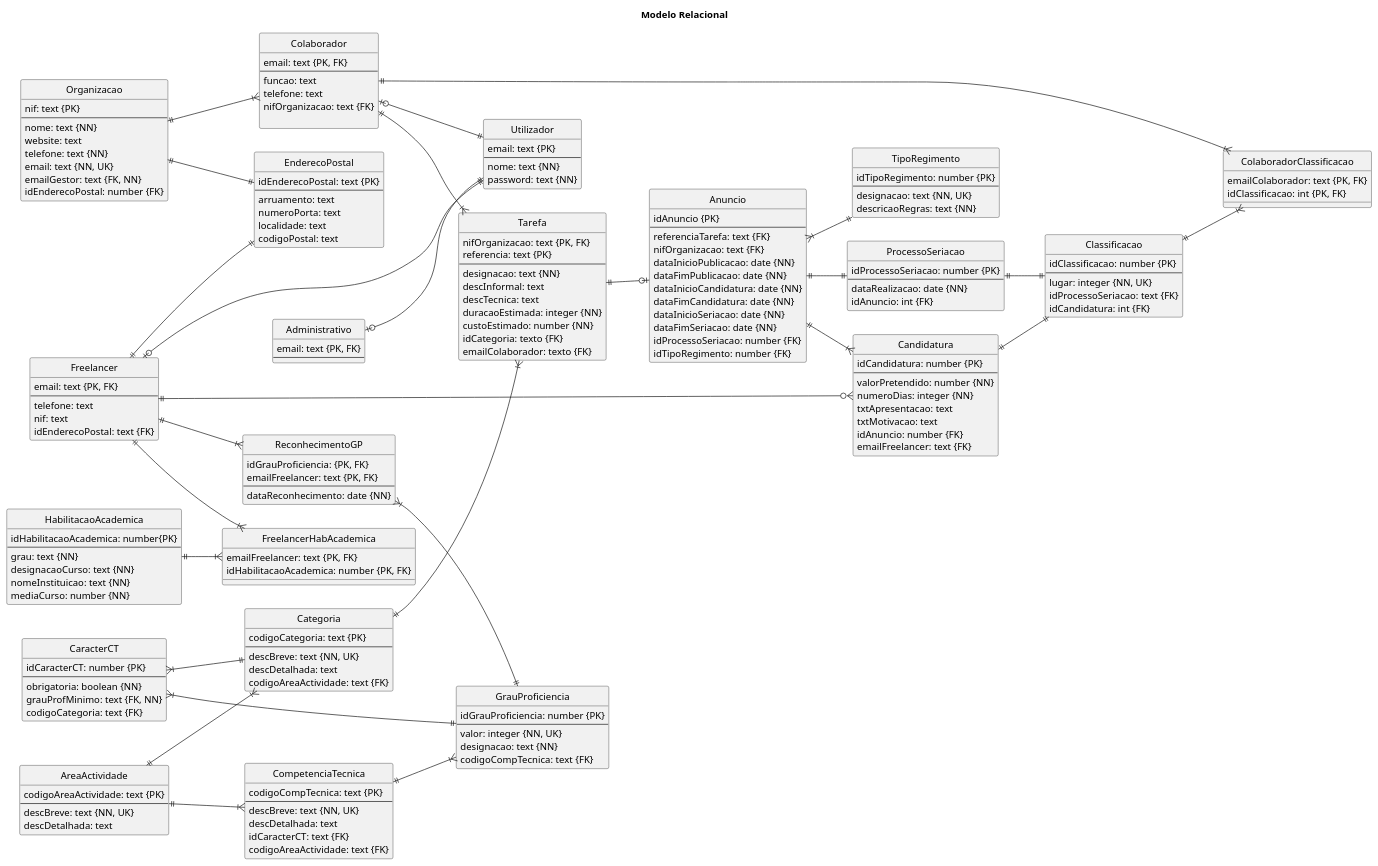
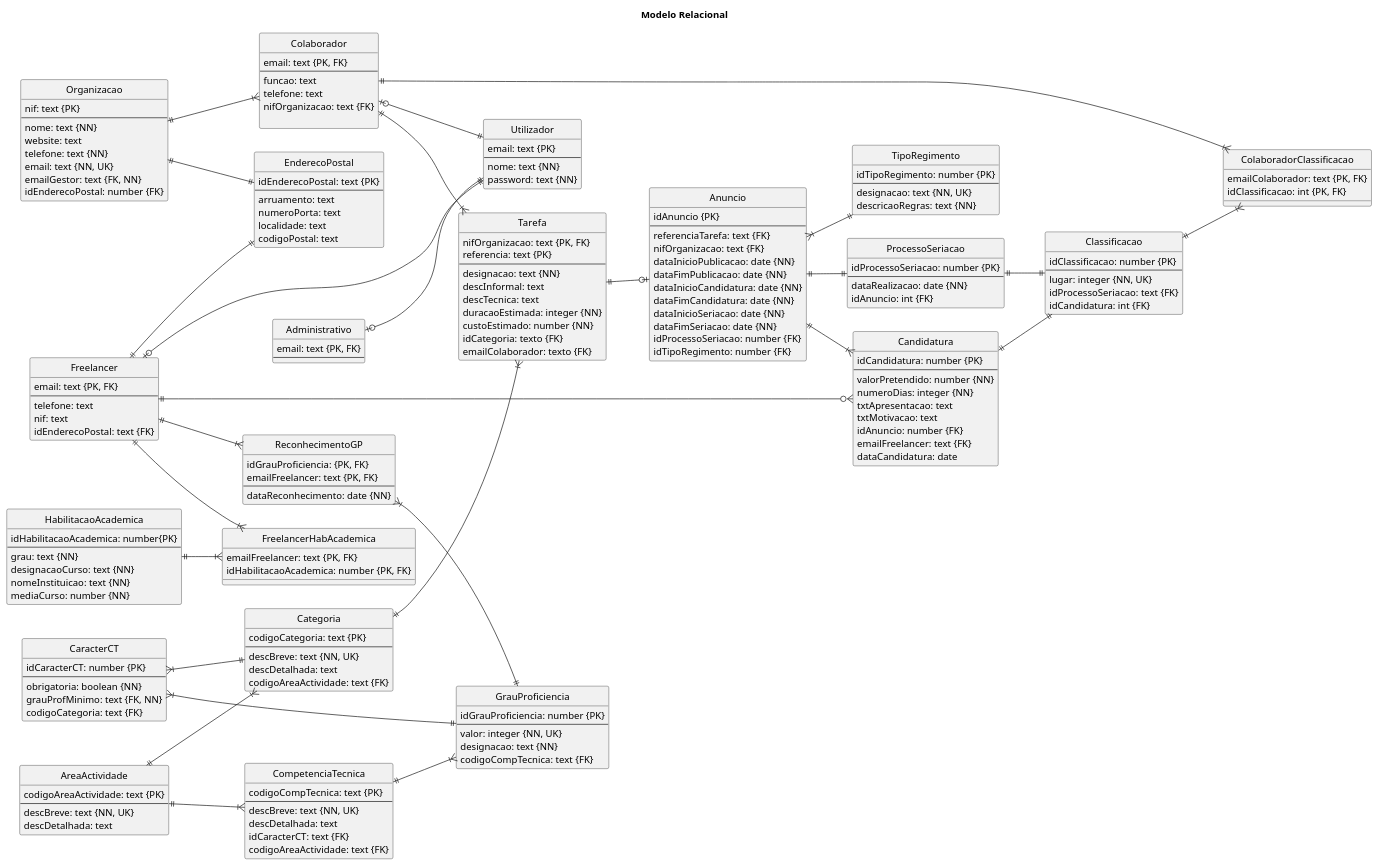
One commit to blestonbandeiraUPSKILL/upskill_java1_labprg_grupo2 changed the diagram in BaseDados/Modelo_Relacional.puml. Above: the diagram before and after it, drawn with PlantUML. The commit also changed 6 other files, not shown here.

Commit message:
uc7a, uc7b - diagrama de sequência

```diff
--- a/BaseDados/Modelo_Relacional.puml
+++ b/BaseDados/Modelo_Relacional.puml
@@ -152,6 +152,7 @@
     txtMotivacao: text
     idAnuncio: number {FK}
     emailFreelancer: text {FK}
+    dataCandidatura: date
 }
 
 entity "HabilitacaoAcademica" {
```
